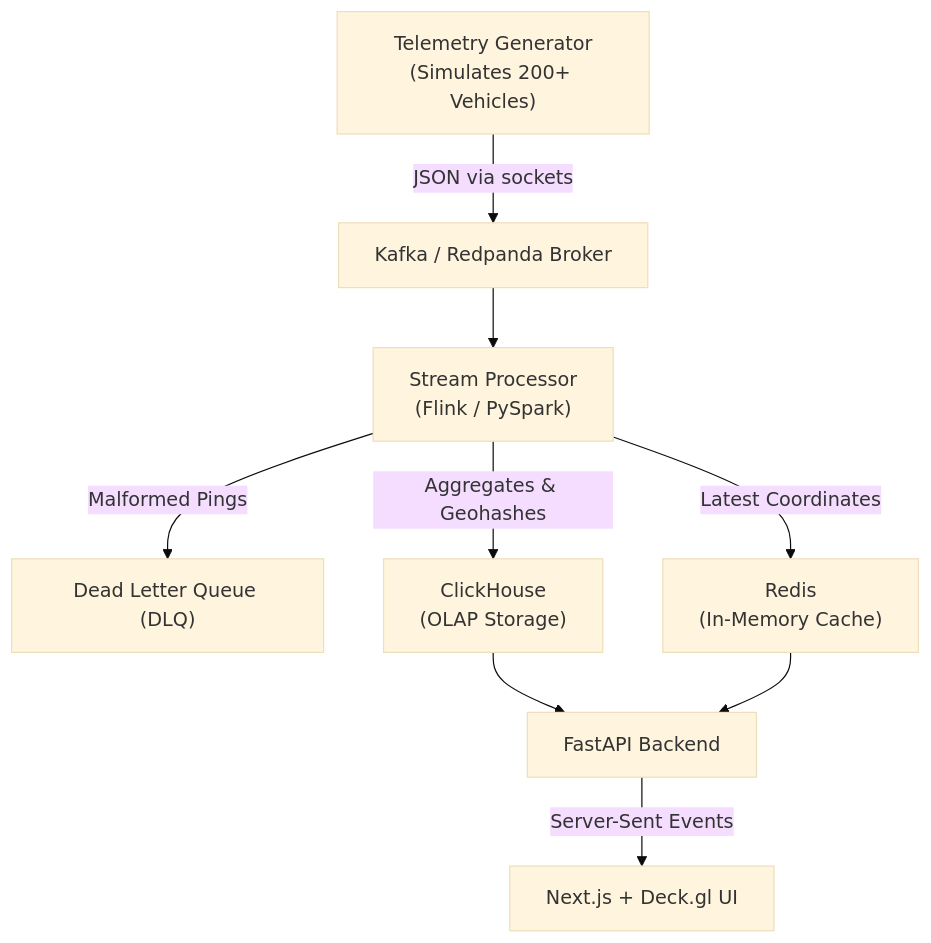
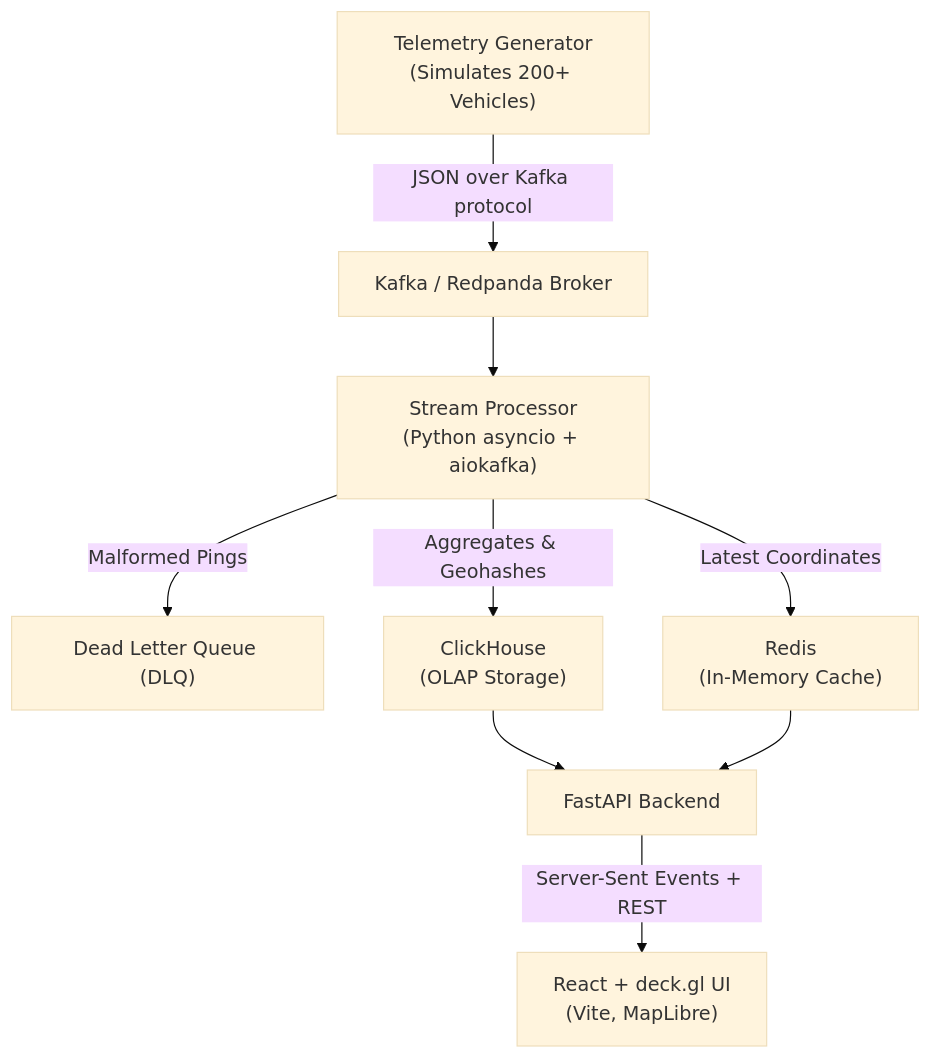
The diagram in README.md (Aarush-Kinhikar-0209/geospatial-telemetry-pipeline), drawn with Mermaid (base theme) before and after one commit. The commit also changed other lines of this file and 32 other files, not shown here.

First line of the commit message:
feat(phase-5): React + deck.gl live fleet map with DLQ monitor

````diff
--- a/README.md
+++ b/README.md
@@ -23,15 +24,15 @@
 ```mermaid
 graph TD
-    A["Telemetry Generator<br/>(Simulates 200+ Vehicles)"] -->|JSON via sockets| B["Kafka / Redpanda Broker"]
+    A["Telemetry Generator<br/>(Simulates 200+ Vehicles)"] -->|JSON over Kafka protocol| B["Kafka / Redpanda Broker"]
     
-    B --> C["Stream Processor<br/>(Flink / PySpark)"]
+    B --> C["Stream Processor<br/>(Python asyncio + aiokafka)"]
     
     C -->|Malformed Pings| D["Dead Letter Queue (DLQ)"]
     C -->|Aggregates & Geohashes| E["ClickHouse<br/>(OLAP Storage)"]
     C -->|Latest Coordinates| F["Redis<br/>(In-Memory Cache)"]
     
     E --> G["FastAPI Backend"]
     F --> G
     
-    G -->|Server-Sent Events| H["Next.js + Deck.gl UI"]
+    G -->|Server-Sent Events + REST| H["React + deck.gl UI<br/>(Vite, MapLibre)"]
 ```
````
